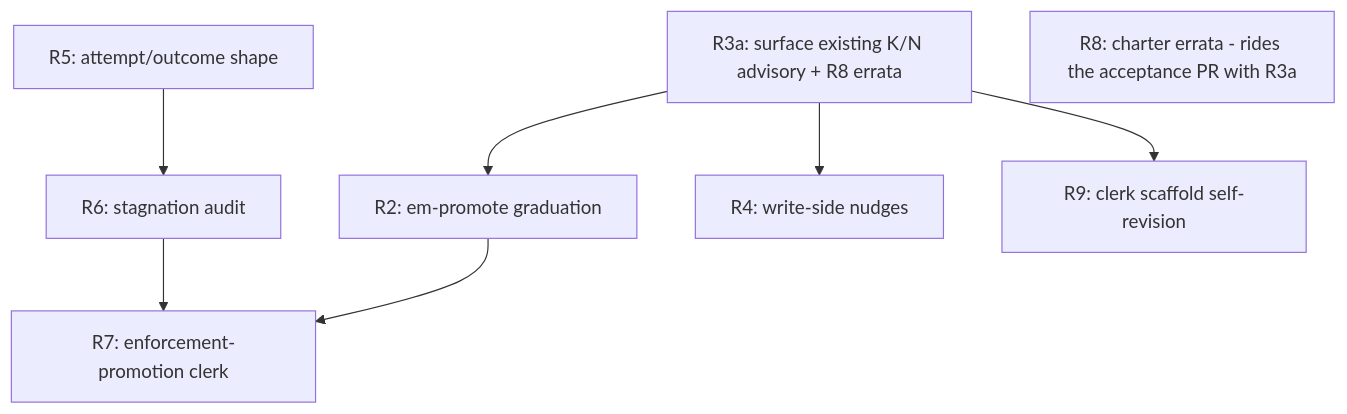
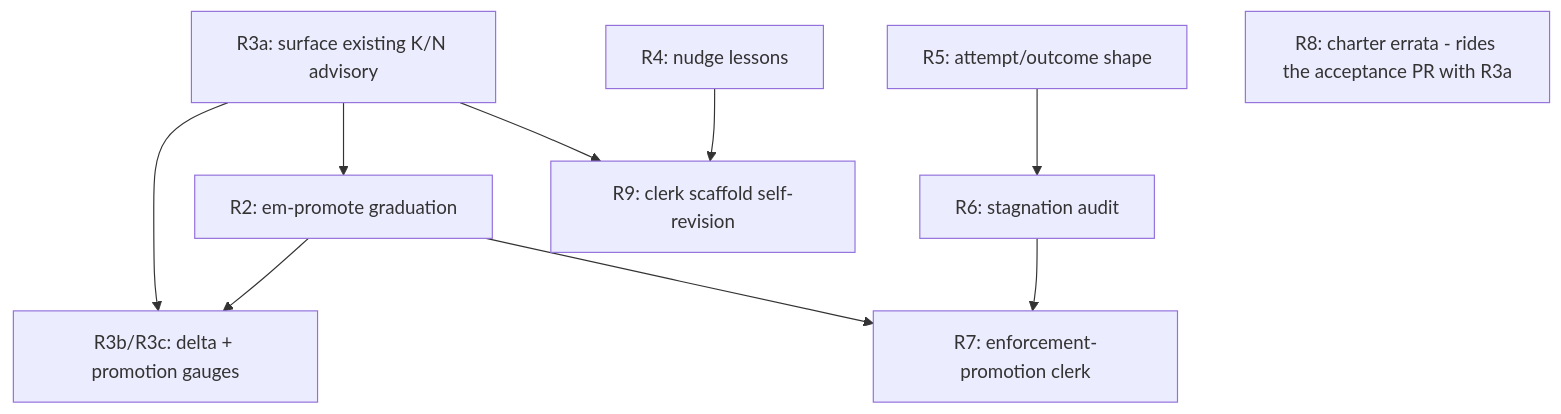
One commit to lantisprime/episodic-memory changed the diagram in docs/rfcs/RFC-012-promotion-arc.md. Above: the diagram before and after it, drawn with Mermaid. The commit also changed other lines of this file, not shown here.

Commit message:
RFC-012: combined fold of codex HOLD-12 + GLM r2 HOLD-2 (R4 as nudge lessons, R7b evidence-bundle only, R9c ids-only, promotion_sources field, R2d fingerprint-confirm + protection arm)

````diff
--- a/docs/rfcs/RFC-012-promotion-arc.md
+++ b/docs/rfcs/RFC-012-promotion-arc.md
@@ -152,19 +152,21 @@
 ```mermaid
 graph TD
-    R3a[R3a: surface existing K/N advisory + R8 errata]
+    R3a[R3a: surface existing K/N advisory]
+    R3bc[R3b/R3c: delta + promotion gauges]
     R2[R2: em-promote graduation]
     R5[R5: attempt/outcome shape]
     R6[R6: stagnation audit]
-    R4[R4: write-side nudges]
+    R4[R4: nudge lessons]
     R7[R7: enforcement-promotion clerk]
-
     R9[R9: clerk scaffold self-revision]
     R8[R8: charter errata - rides the acceptance PR with R3a]
 
+    R3a --> R3bc
+    R2 --> R3bc
     R3a --> R2
     R5 --> R6
-    R3a --> R4
     R2 --> R7
     R6 --> R7
     R3a --> R9
+    R4 --> R9
 ```
````
